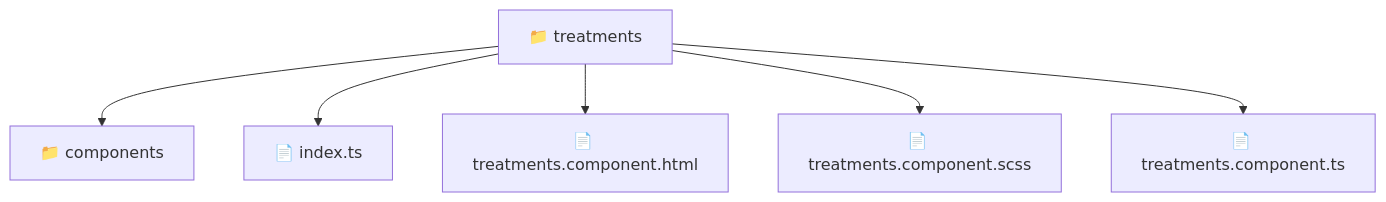
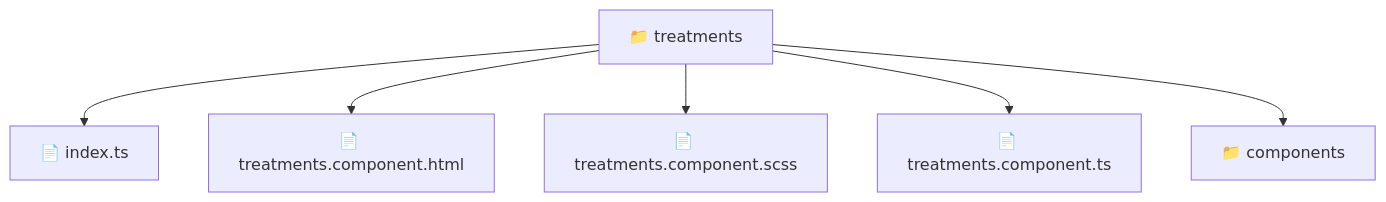
One commit to beginwebdev2002/fullstack-mavluda changed the diagram in frontend/src/pages/treatments/README.md. Above: the diagram before and after it, drawn with Mermaid. The commit also changed other lines of this file and 166 other files, not shown here.

First line of the commit message:
docs: generate repository-wide architectural README files

````diff
--- a/frontend/src/pages/treatments/README.md
+++ b/frontend/src/pages/treatments/README.md
@@ -11,9 +11,14 @@
 ```mermaid
 graph TD
-  Root["📁 treatments"]
-  Root --> components["📁 components"]
-  Root --> index_ts["📄 index.ts"]
-  Root --> treatments_component_html["📄 treatments.component.html"]
-  Root --> treatments_component_scss["📄 treatments.component.scss"]
-  Root --> treatments_component_ts["📄 treatments.component.ts"]
+  f_Root_treatments["📁 treatments"]
+  f_index_ts["📄 index.ts"]
+  f_Root_treatments --> f_index_ts
+  f_treatments_component_html["📄 treatments.component.html"]
+  f_Root_treatments --> f_treatments_component_html
+  f_treatments_component_scss["📄 treatments.component.scss"]
+  f_Root_treatments --> f_treatments_component_scss
+  f_treatments_component_ts["📄 treatments.component.ts"]
+  f_Root_treatments --> f_treatments_component_ts
+  f_Dir_components["📁 components"]
+  f_Root_treatments --> f_Dir_components
 ```
````
